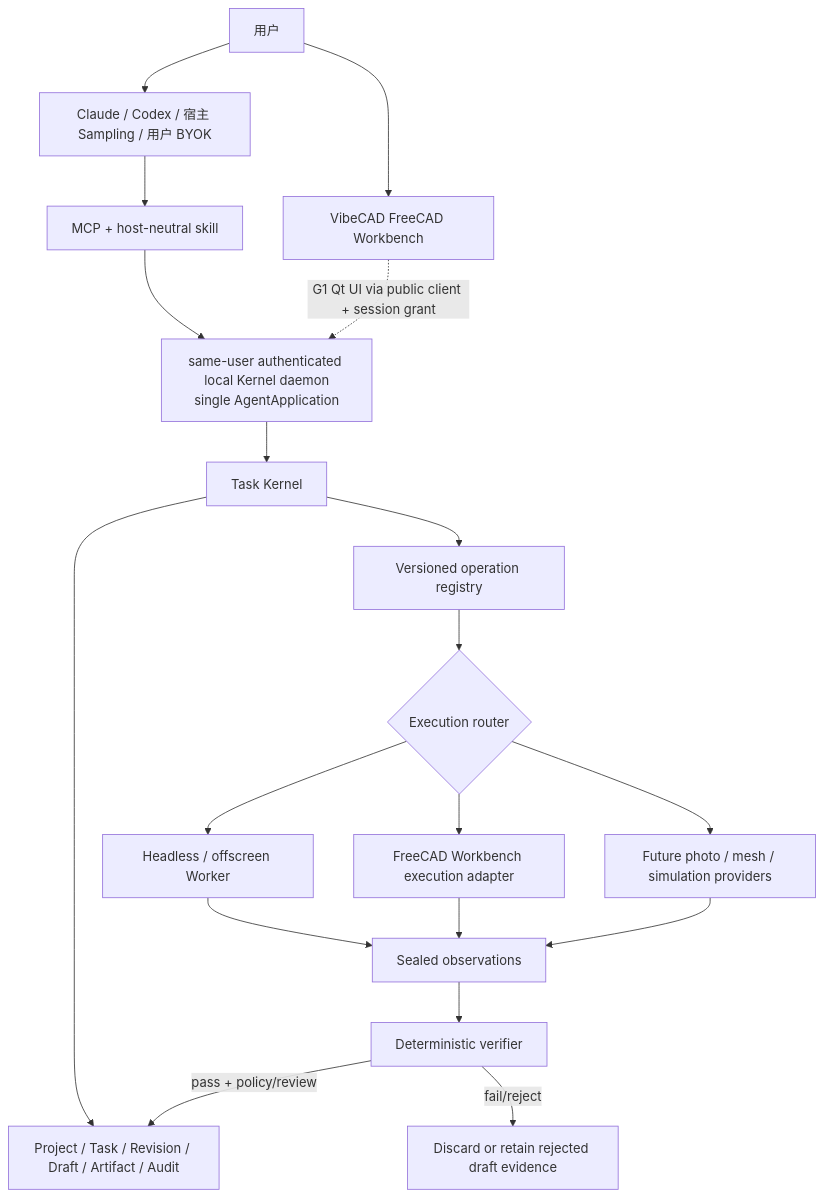
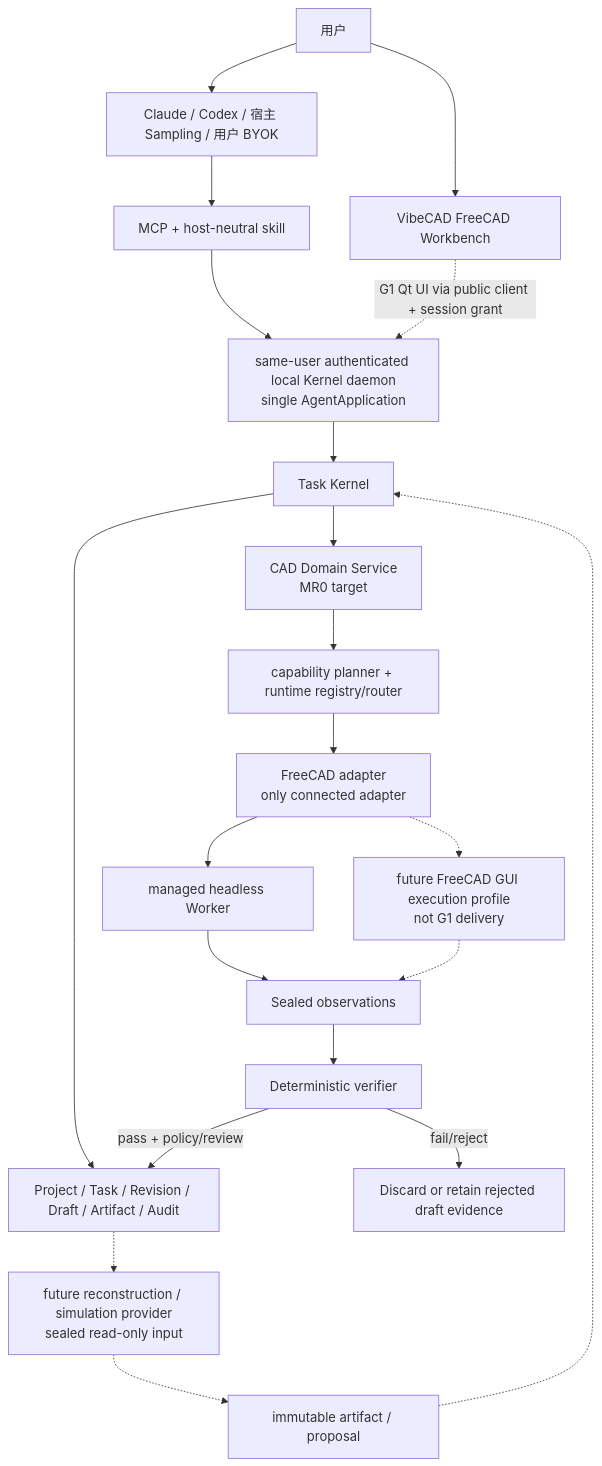
One commit to wangtao9090/VibeCAD changed the diagram in docs/PRODUCT_CAPABILITY_ROADMAP.md. Above: the diagram before and after it, drawn with Mermaid. The commit also changed other lines of this file and 6 other files, not shown here.

Commit message:
docs(architecture): define multi-runtime CAD boundary

````diff
--- a/docs/PRODUCT_CAPABILITY_ROADMAP.md
+++ b/docs/PRODUCT_CAPABILITY_ROADMAP.md
@@ -100,21 +107,23 @@
 ```mermaid
 flowchart TB
     U["用户"] --> H["Claude / Codex / 宿主 Sampling / 用户 BYOK"]
     U --> G["VibeCAD FreeCAD Workbench"]
     H --> M["MCP + host-neutral skill"]
     M --> A["same-user authenticated local Kernel daemon<br/>single AgentApplication"]
     G -.->|"G1 Qt UI via public client + session grant"| A
     A --> K["Task Kernel"]
     K --> S["Project / Task / Revision / Draft / Artifact / Audit"]
-    K --> R["Versioned operation registry"]
-    R --> X{"Execution router"}
-    X --> W["Headless / offscreen Worker"]
-    X --> P["FreeCAD Workbench execution adapter"]
-    X --> V["Future photo / mesh / simulation providers"]
+    K --> D["CAD Domain Service<br/>MR0 target"]
+    D --> C["capability planner + runtime registry/router"]
+    C --> F["FreeCAD adapter<br/>only connected adapter"]
+    F --> W["managed headless Worker"]
+    F -.-> P["future FreeCAD GUI execution profile<br/>not G1 delivery"]
     W --> O["Sealed observations"]
-    P --> O
-    V --> O
-    O --> C["Deterministic verifier"]
-    C -->|"pass + policy/review"| S
-    C -->|"fail/reject"| D["Discard or retain rejected draft evidence"]
+    P -.-> O
+    O --> VFY["Deterministic verifier"]
+    VFY -->|"pass + policy/review"| S
+    VFY -->|"fail/reject"| X["Discard or retain rejected draft evidence"]
+    S -.-> V["future reconstruction / simulation provider<br/>sealed read-only input"]
+    V -.-> Q["immutable artifact / proposal"]
+    Q -.-> K
 ```
````
